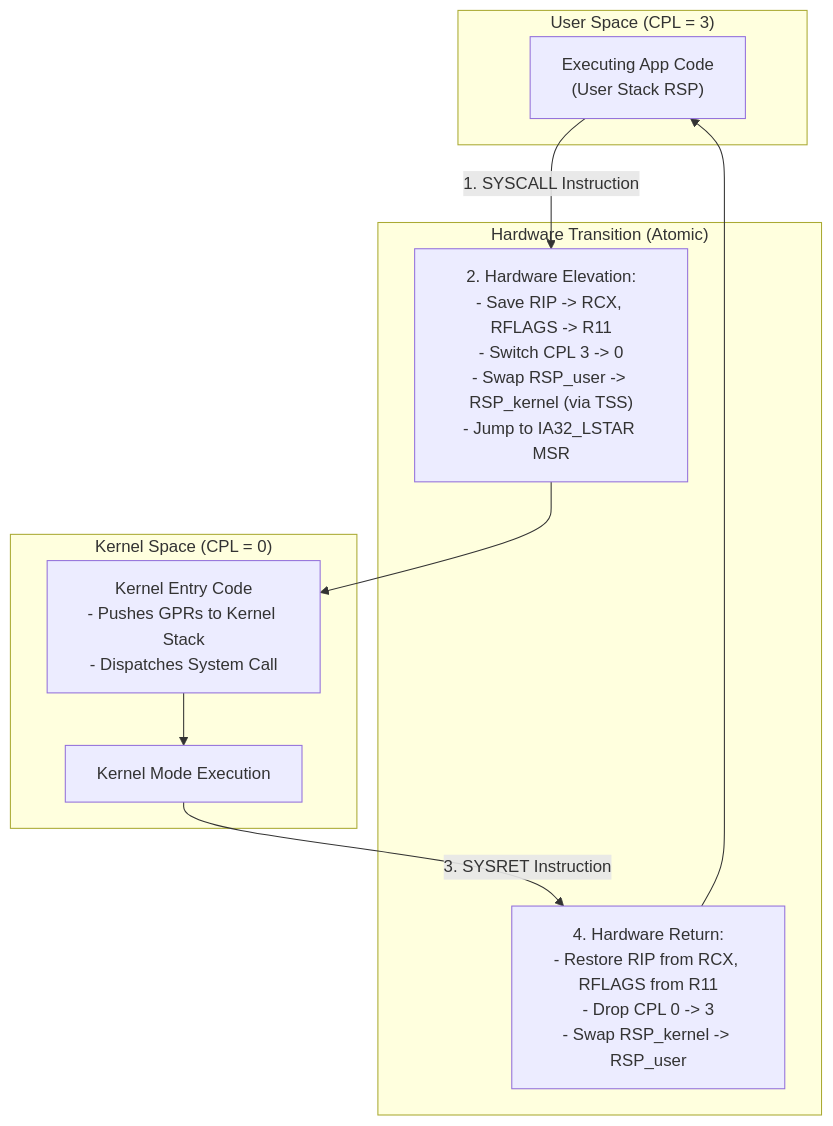
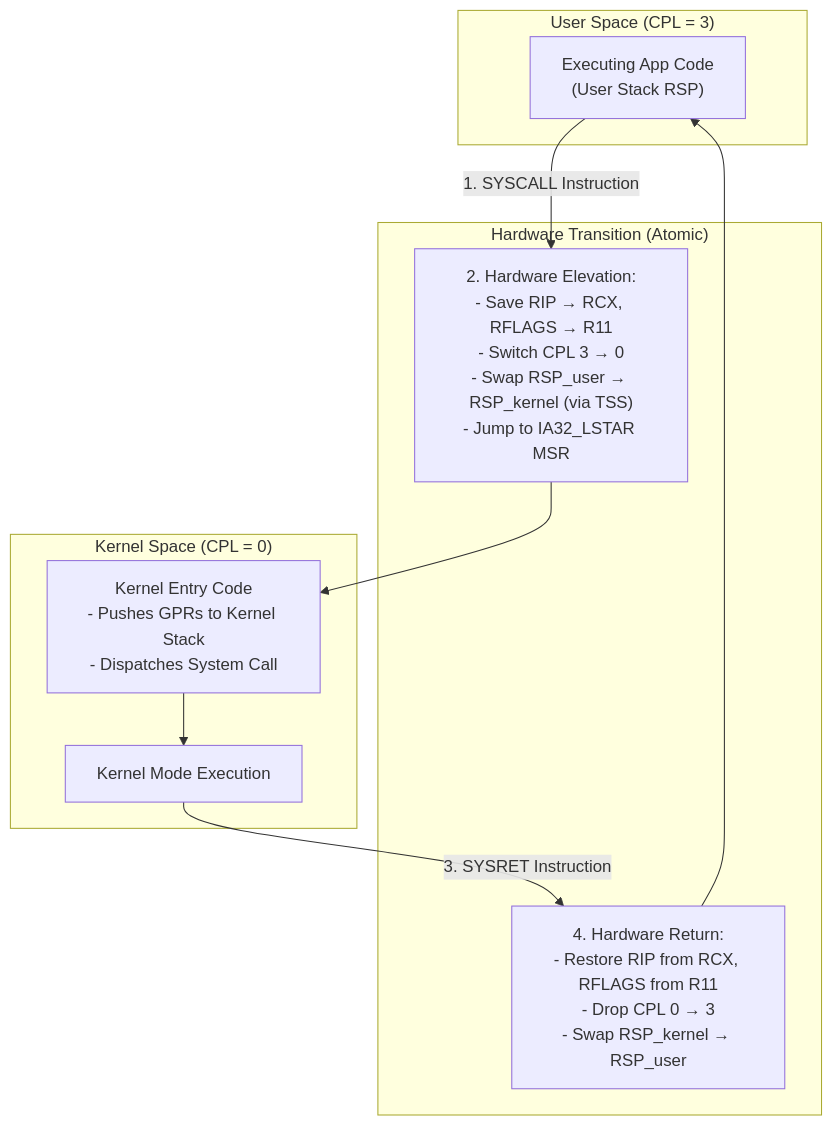
Before and after one commit to Anshitva7mishra/OperatingSystem: the second of 15 diagrams in Day2/InterviewQuestion.md, drawn with Mermaid. The commit also changed other lines of this file, not shown here.

Commit message:
[Anshitva]:Fix Mermaid diagram parsing syntax errors in Day 2

````diff
--- a/Day2/InterviewQuestion.md
+++ b/Day2/InterviewQuestion.md
@@ -314,23 +314,23 @@
 ```mermaid
 flowchart TD
     subgraph UserSpace["User Space (CPL = 3)"]
-        App["Executing App Code\n(User Stack RSP)"]
+        App["Executing App Code<br>(User Stack RSP)"]
     end
 
     subgraph KernelSpace["Kernel Space (CPL = 0)"]
-        SyscallH["Kernel Entry Code\n- Pushes GPRs to Kernel Stack\n- Dispatches System Call"]
+        SyscallH["Kernel Entry Code<br>- Pushes GPRs to Kernel Stack<br>- Dispatches System Call"]
         KernelRun["Kernel Mode Execution"]
     end
 
     App -->|1. SYSCALL Instruction| HW_Elevate
     
     subgraph HW["Hardware Transition (Atomic)"]
-        HW_Elevate["2. Hardware Elevation:\n- Save RIP -> RCX, RFLAGS -> R11\n- Switch CPL 3 -> 0\n- Swap RSP_user -> RSP_kernel (via TSS)\n- Jump to IA32_LSTAR MSR"]
-        HW_Drop["4. Hardware Return:\n- Restore RIP from RCX, RFLAGS from R11\n- Drop CPL 0 -> 3\n- Swap RSP_kernel -> RSP_user"]
+        HW_Elevate["2. Hardware Elevation:<br>- Save RIP → RCX, RFLAGS → R11<br>- Switch CPL 3 → 0<br>- Swap RSP_user → RSP_kernel (via TSS)<br>- Jump to IA32_LSTAR MSR"]
+        HW_Drop["4. Hardware Return:<br>- Restore RIP from RCX, RFLAGS from R11<br>- Drop CPL 0 → 3<br>- Swap RSP_kernel → RSP_user"]
     end
 
     HW_Elevate --> SyscallH
     SyscallH --> KernelRun
     KernelRun -->|3. SYSRET Instruction| HW_Drop
     HW_Drop --> App
 ```
````
